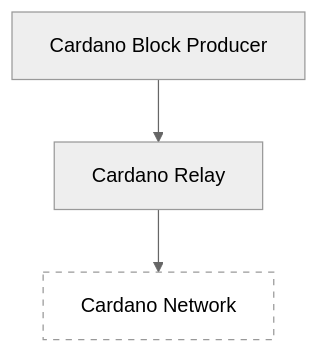
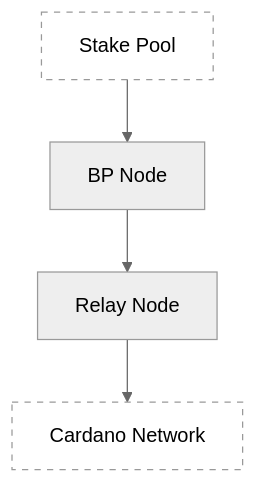
The diagram in README.md (stevanlohja/cardano-spo-multipass), drawn with Mermaid (neutral theme) before and after one commit. The commit also changed other lines of this file and 1 other file, not shown here.

````diff
--- a/README.md
+++ b/README.md
@@ -31,6 +40,8 @@
 ```mermaid
 graph TD
-    A[Cardano Block Producer] --> B[Cardano Relay]
-    B --> C[Cardano Network]
-    style C fill:none,stroke-dasharray: 5,5
+    A[Stake Pool] --> B[BP Node]
+    C[Relay Node] --> D[Cardano Network]
+    B --> C
+    style A fill:none,stroke-dasharray: 5,5
+    style D fill:none,stroke-dasharray: 5,5
 ```
````
